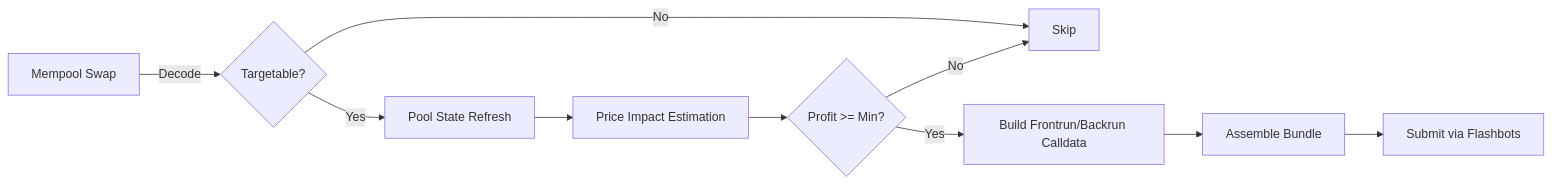
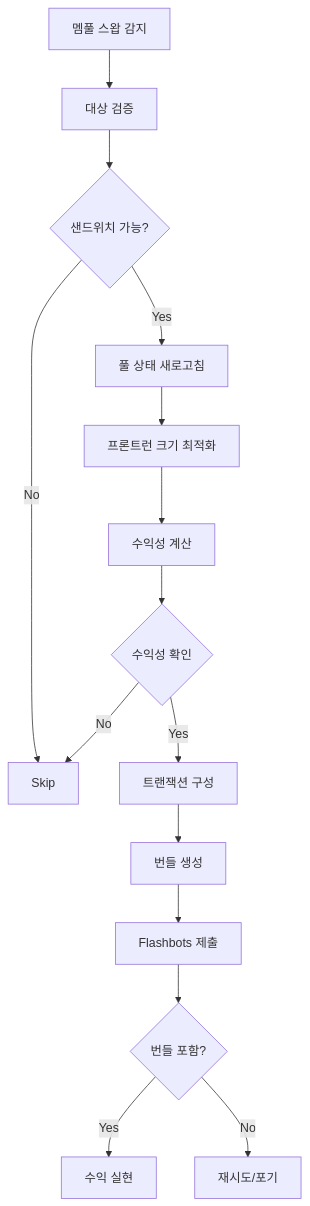
Before and after one commit to blockbit-hama/xCrack: the diagram in docs/strategy-sandwich.md, drawn with Mermaid. The commit also changed other lines of this file and 23 other files, not shown here.

````diff
--- a/docs/strategy-sandwich.md
+++ b/docs/strategy-sandwich.md
@@ -16,12 +93,20 @@
 ```mermaid
-flowchart LR
-  A[Mempool Swap] -->|Decode| B{Targetable?}
-  B -- No --> X[Skip]
-  B -- Yes --> C[Pool State Refresh]
-  C --> D[Price Impact Estimation]
-  D --> E{Profit >= Min?}
-  E -- No --> X
-  E -- Yes --> F[Build Frontrun/Backrun Calldata]
-  F --> G[Assemble Bundle]
-  G --> H[Submit via Flashbots]
+graph TD
+    A[멤풀 스왑 감지] --> B[대상 검증]
+    B --> C{샌드위치 가능?}
+    C -->|No| X[Skip]
+    C -->|Yes| D[풀 상태 새로고침]
+    
+    D --> E[프론트런 크기 최적화]
+    E --> F[수익성 계산]
+    F --> G{수익성 확인}
+    G -->|No| X
+    G -->|Yes| H[트랜잭션 구성]
+    
+    H --> I[번들 생성]
+    I --> J[Flashbots 제출]
+    
+    J --> K{번들 포함?}
+    K -->|Yes| L[수익 실현]
+    K -->|No| M[재시도/포기]
 ```
````
